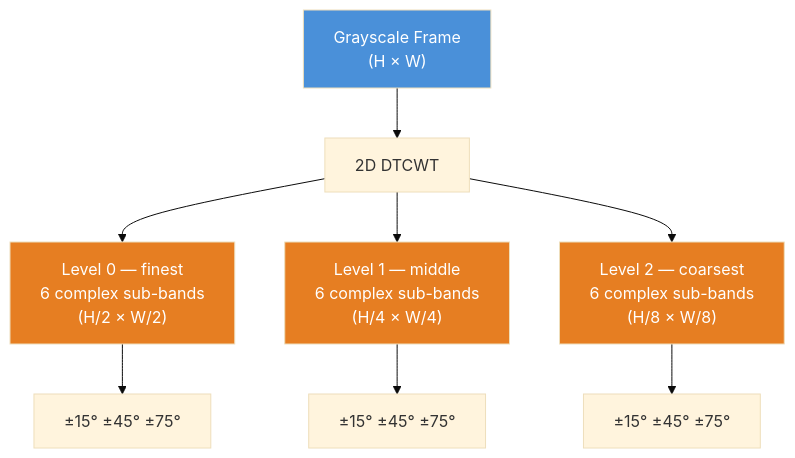
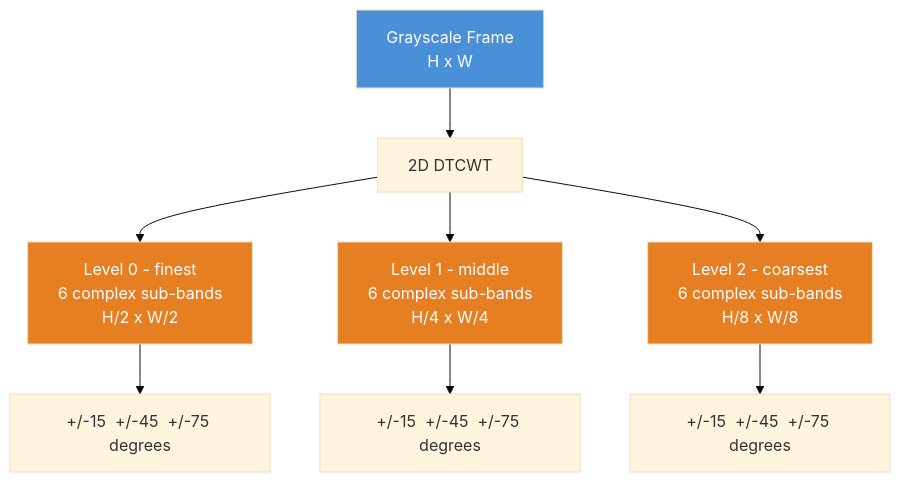
The second of 3 diagrams in README.md (joeljose/Visual-Mic), drawn with Mermaid (base theme) before and after one commit. The commit also changed other lines of this file, not shown here.

First line of the commit message:
Fix Mermaid diagram syntax for GitHub rendering

````diff
--- a/README.md
+++ b/README.md
@@ -314,15 +314,15 @@
 ```mermaid
 flowchart TD
-    A["Grayscale Frame\n(H × W)"] --> B["2D DTCWT"]
-    B --> L0["Level 0 — finest\n6 complex sub-bands\n(H/2 × W/2)"]
-    B --> L1["Level 1 — middle\n6 complex sub-bands\n(H/4 × W/4)"]
-    B --> L2["Level 2 — coarsest\n6 complex sub-bands\n(H/8 × W/8)"]
-    L0 --> O0["±15°   ±45°   ±75°"]
-    L1 --> O1["±15°   ±45°   ±75°"]
-    L2 --> O2["±15°   ±45°   ±75°"]
+    A["Grayscale Frame<br>H x W"] --> B["2D DTCWT"]
+    B --> L0["Level 0 - finest<br>6 complex sub-bands<br>H/2 x W/2"]
+    B --> L1["Level 1 - middle<br>6 complex sub-bands<br>H/4 x W/4"]
+    B --> L2["Level 2 - coarsest<br>6 complex sub-bands<br>H/8 x W/8"]
+    L0 --> O0["+/-15  +/-45  +/-75 degrees"]
+    L1 --> O1["+/-15  +/-45  +/-75 degrees"]
+    L2 --> O2["+/-15  +/-45  +/-75 degrees"]
 
     style A fill:#4a90d9,color:#fff
     style L0 fill:#e67e22,color:#fff
     style L1 fill:#e67e22,color:#fff
     style L2 fill:#e67e22,color:#fff
 ```
````
